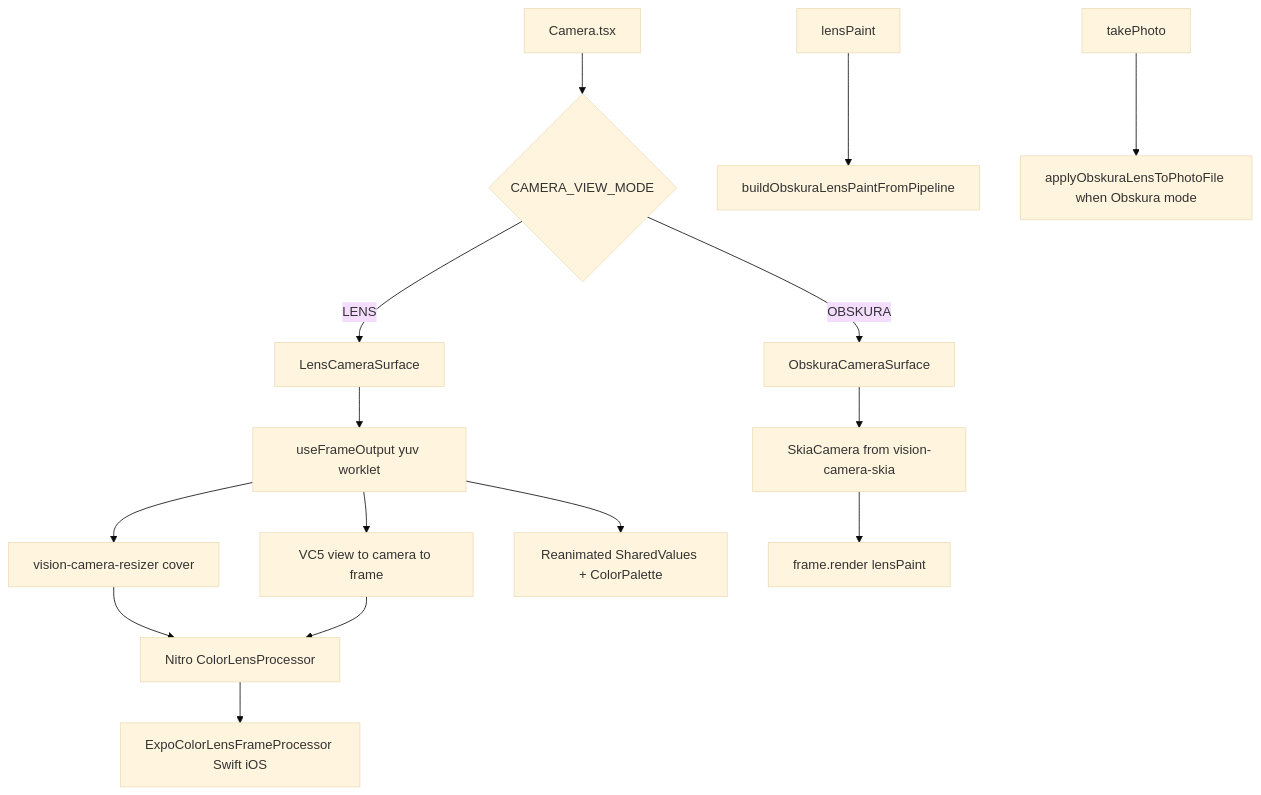
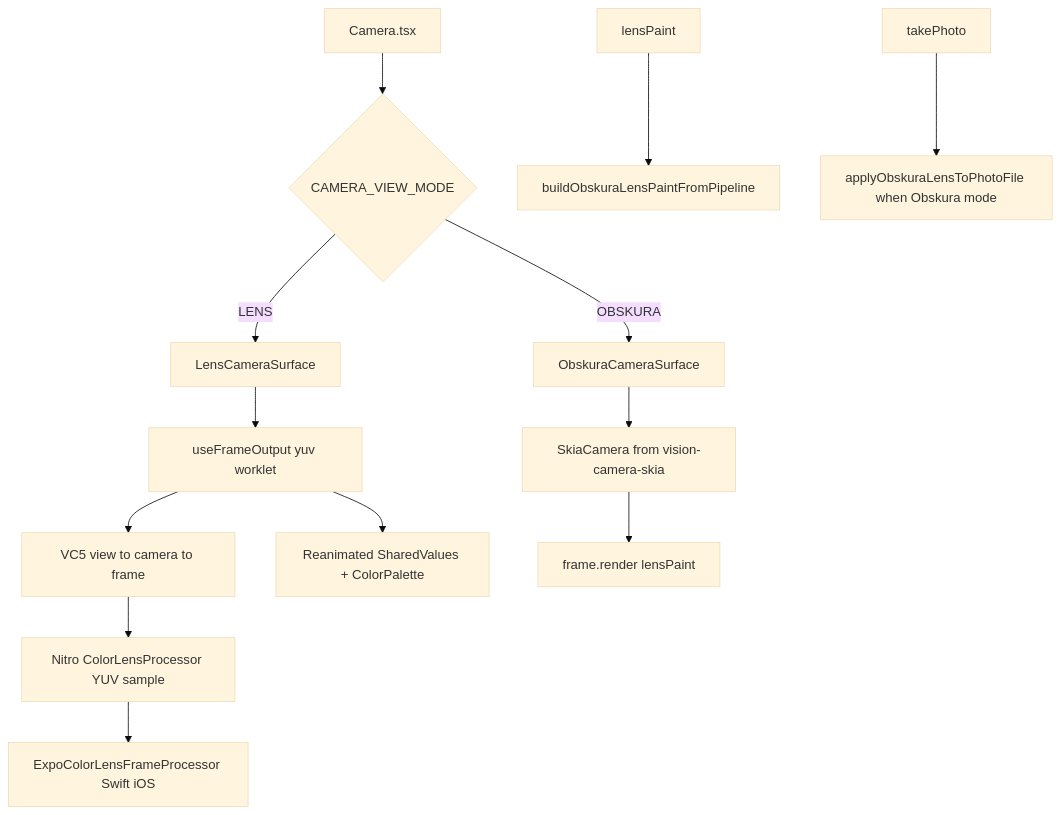
One commit to keithbmccall/affirmations changed the second of 2 diagrams in lib/features/Lens/README.md. Above: the diagram before and after it, drawn with Mermaid (base theme). The commit also changed other lines of this file and 40 other files, not shown here.

````diff
--- a/lib/features/Lens/README.md
+++ b/lib/features/Lens/README.md
@@ -160,17 +159,15 @@
 ```mermaid
 flowchart TB
   Camera[Camera.tsx] --> mode{CAMERA_VIEW_MODE}
   mode -->|LENS| LensSurface[LensCameraSurface]
   mode -->|OBSKURA| ObskuraSurface[ObskuraCameraSurface]
   LensSurface --> useFO[useFrameOutput yuv worklet]
-  useFO --> resizer[vision-camera-resizer cover]
-  resizer --> processor[Nitro ColorLensProcessor]
   useFO --> coords[VC5 view to camera to frame]
-  coords --> processor
+  coords --> processor[Nitro ColorLensProcessor YUV sample]
   processor --> ios[ExpoColorLensFrameProcessor Swift iOS]
   useFO --> paletteUI[Reanimated SharedValues + ColorPalette]
   ObskuraSurface --> useSkia[SkiaCamera from vision-camera-skia]
   useSkia --> render[frame.render lensPaint]
   lensPaint --> buildPaint[buildObskuraLensPaintFromPipeline]
   capture[takePhoto] --> applyStill[applyObskuraLensToPhotoFile when Obskura mode]
 ```
````
